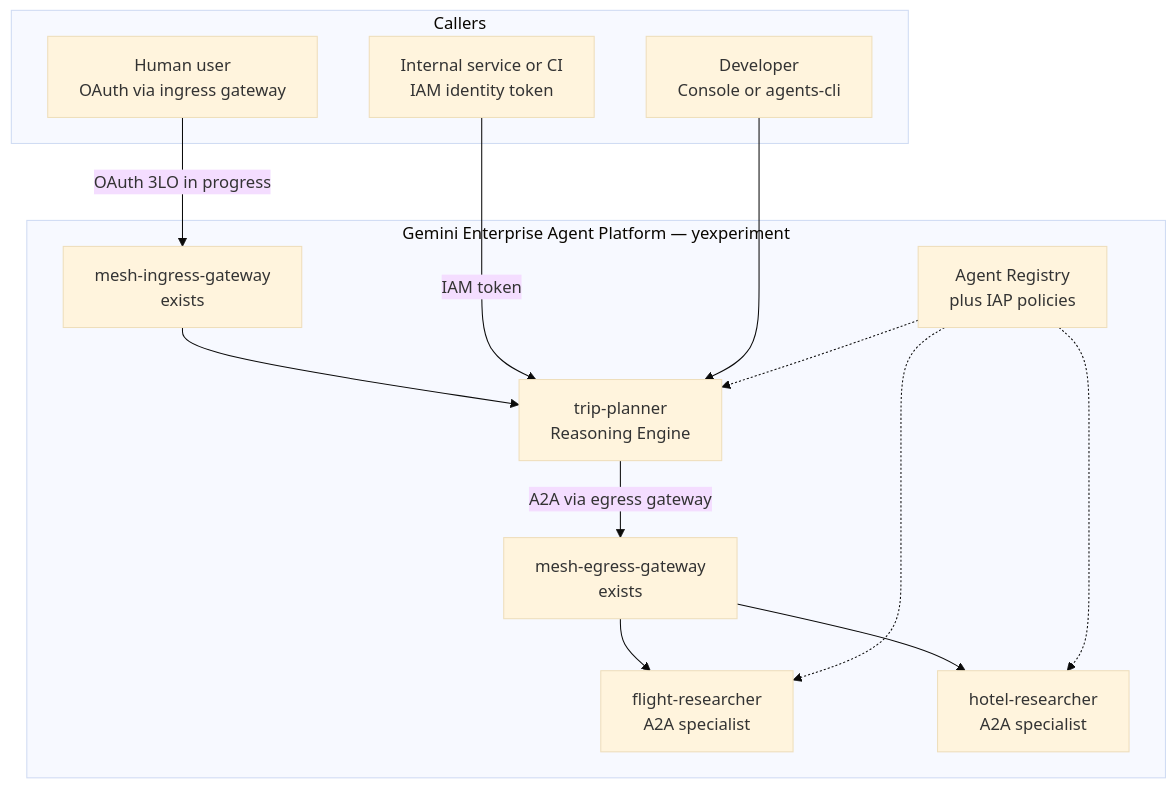
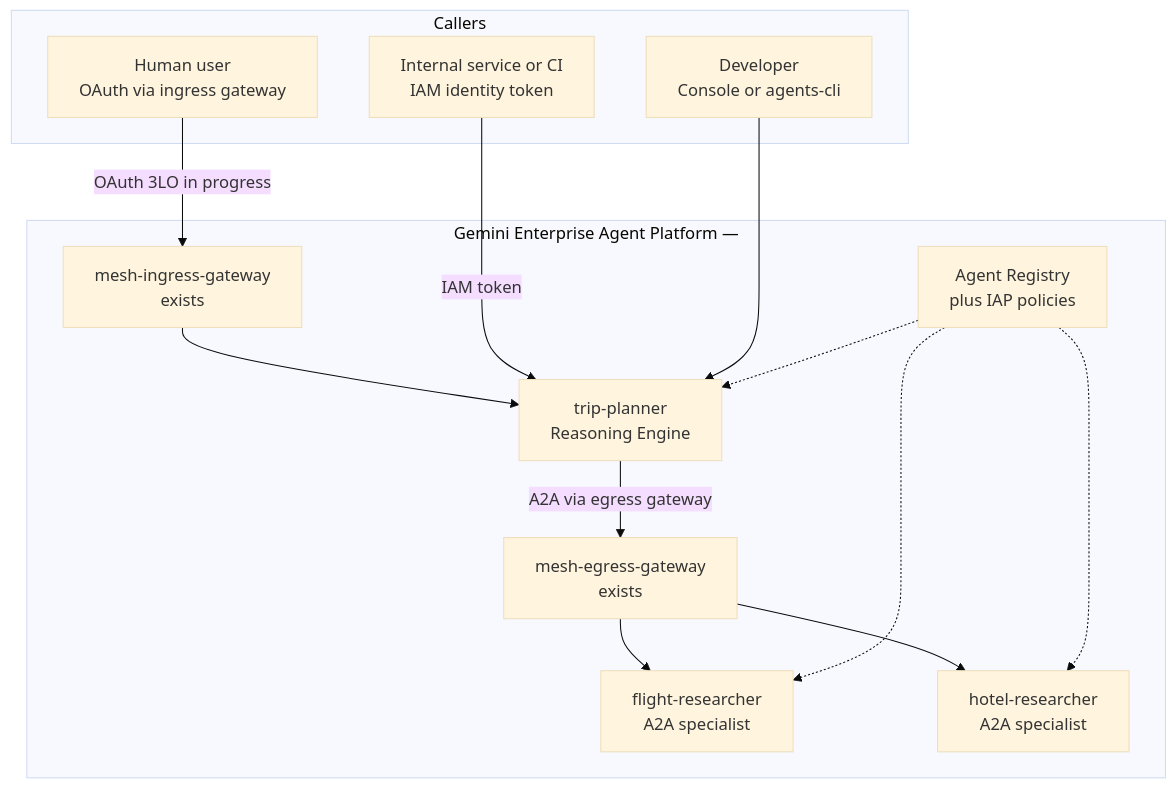
The third of 6 diagrams in docs/guides/00-overview.md (yu-iskw/agent-cli-demo), drawn with Mermaid (base theme) before and after one commit. The commit also changed other lines of this file and 43 other files, not shown here.

First line of the commit message:
refactor(mesh): make GCP project config portable and add lifecycle scripts

````diff
--- a/docs/guides/00-overview.md
+++ b/docs/guides/00-overview.md
@@ -112,28 +112,28 @@
 ```mermaid
 flowchart TB
   subgraph Callers["Callers"]
     Human["Human user<br/>OAuth via ingress gateway"]
     Service["Internal service or CI<br/>IAM identity token"]
     Dev["Developer<br/>Console or agents-cli"]
   end
 
-  subgraph Platform["Gemini Enterprise Agent Platform — yexperiment"]
+  subgraph Platform["Gemini Enterprise Agent Platform — <your-gcp-project>"]
     IGW["mesh-ingress-gateway<br/>exists"]
     EGW["mesh-egress-gateway<br/>exists"]
     TP["trip-planner<br/>Reasoning Engine"]
     FR["flight-researcher<br/>A2A specialist"]
     HR["hotel-researcher<br/>A2A specialist"]
     REG["Agent Registry<br/>plus IAP policies"]
   end
 
   Human -->|"OAuth 3LO in progress"| IGW
   IGW --> TP
   Service -->|"IAM token"| TP
   Dev --> TP
   TP -->|"A2A via egress gateway"| EGW
   EGW --> FR
   EGW --> HR
   REG -.-> TP
   REG -.-> FR
   REG -.-> HR
 ```
````
